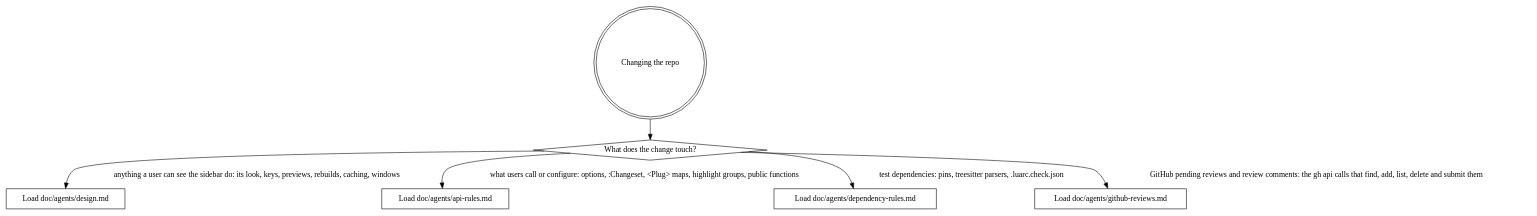
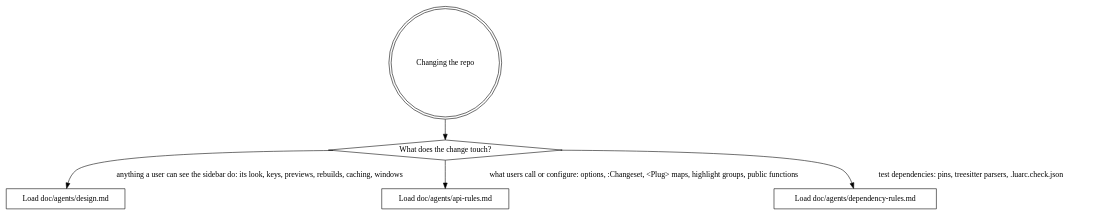
The diagram in AGENTS.md (macintacos/changeset.nvim), drawn with Graphviz before and after one commit. The commit also changed 3 other files, not shown here.

Commit message:
docs: describe review comments kept on this machine in the design, glossary and API rules

````diff
--- a/AGENTS.md
+++ b/AGENTS.md
@@ -71,14 +71,13 @@
 ```graphviz
 digraph rules_router {
     node [shape=box];
 
     "Changing the repo" [shape=doublecircle];
     "What does the change touch?" [shape=diamond];
 
     "Changing the repo" -> "What does the change touch?";
     "What does the change touch?" -> "Load doc/agents/design.md" [label="anything a user can see the sidebar do: its look, keys, previews, rebuilds, caching, windows"];
     "What does the change touch?" -> "Load doc/agents/api-rules.md" [label="what users call or configure: options, :Changeset, <Plug> maps, highlight groups, public functions"];
     "What does the change touch?" -> "Load doc/agents/dependency-rules.md" [label="test dependencies: pins, treesitter parsers, .luarc.check.json"];
-    "What does the change touch?" -> "Load doc/agents/github-reviews.md" [label="GitHub pending reviews and review comments: the gh api calls that find, add, list, delete and submit them"];
 }
 ```
````
